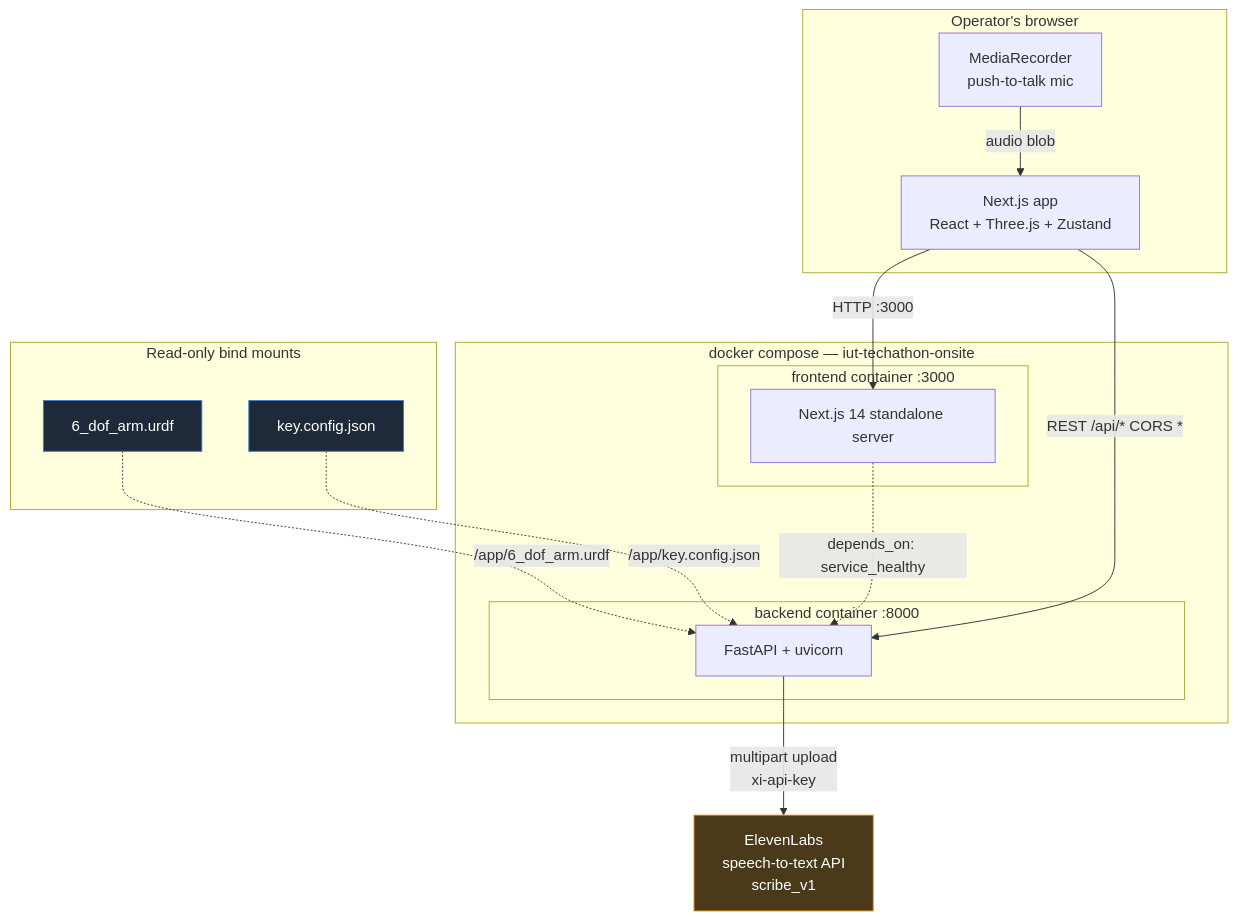
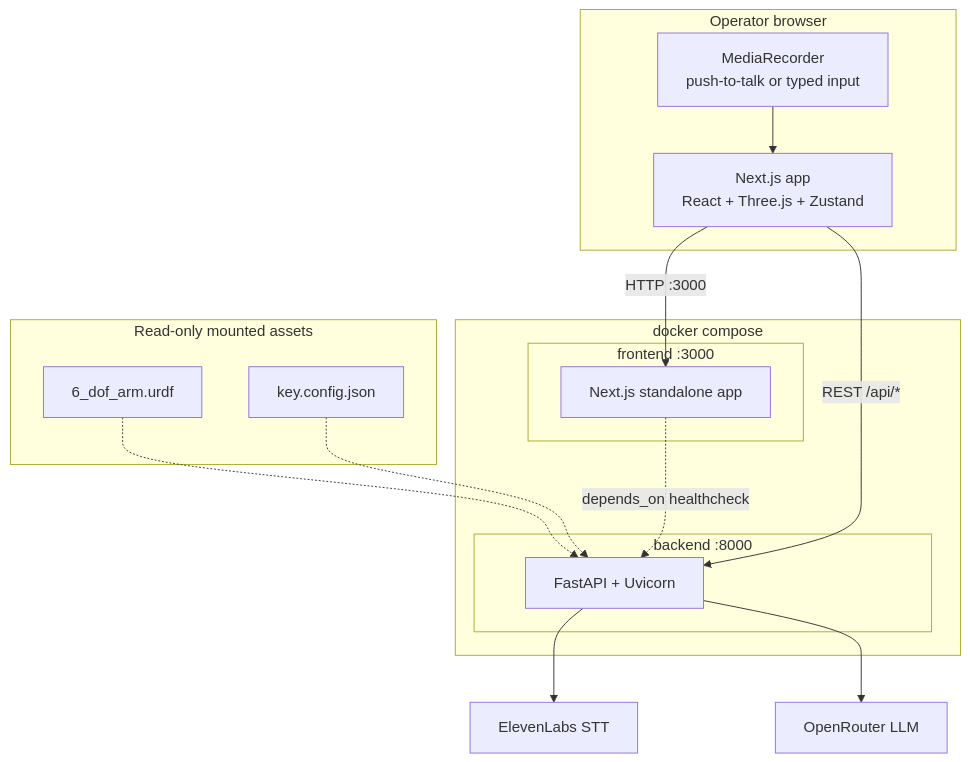
The first of 8 diagrams in docs/architecture/system-architecture.md (ShafayetSadi/iut-techathon-onsite), drawn with Mermaid before and after one commit. The commit also changed other lines of this file and 2 other files, not shown here.

Commit message:
docs: updated architecture and readme

````diff
--- a/docs/architecture/system-architecture.md
+++ b/docs/architecture/system-architecture.md
@@ -21,37 +21,34 @@
 ```mermaid
 flowchart TB
-    subgraph browser["Operator's browser"]
+    subgraph browser["Operator browser"]
         UI["Next.js app<br/>React + Three.js + Zustand"]
-        MIC["MediaRecorder<br/>push-to-talk mic"]
+        MIC["MediaRecorder<br/>push-to-talk or typed input"]
     end
 
-    subgraph compose["docker compose — iut-techathon-onsite"]
-        subgraph fe["frontend container :3000"]
-            NEXT["Next.js 14 standalone server"]
+    subgraph compose["docker compose"]
+        subgraph fe["frontend :3000"]
+            NEXT["Next.js standalone app"]
         end
 
-        subgraph be["backend container :8000"]
-            API["FastAPI + uvicorn"]
+        subgraph be["backend :8000"]
+            API["FastAPI + Uvicorn"]
         end
     end
 
-    subgraph assets["Read-only bind mounts"]
+    subgraph assets["Read-only mounted assets"]
         URDF["6_dof_arm.urdf"]
         KEYS["key.config.json"]
     end
 
-    EL["ElevenLabs<br/>speech-to-text API<br/>scribe_v1"]
+    STT["ElevenLabs STT"]
+    LLM["OpenRouter LLM"]
 
     UI -->|"HTTP :3000"| NEXT
-    UI -->|"REST /api/*  CORS *"| API
-    MIC -->|"audio blob"| UI
-    API -->|"multipart upload<br/>xi-api-key"| EL
-    URDF -.->|"/app/6_dof_arm.urdf"| API
-    KEYS -.->|"/app/key.config.json"| API
-    NEXT -.->|"depends_on: service_healthy"| API
-
-    classDef ext fill:#4a3a1a,stroke:#f2991a,color:#fff
-    classDef mount fill:#1e2a3a,stroke:#3a7bd5,color:#fff
-    class EL ext
-    class URDF,KEYS mount
+    UI -->|"REST /api/*"| API
+    MIC --> UI
+    API --> STT
+    API --> LLM
+    URDF -.-> API
+    KEYS -.-> API
+    NEXT -.->|"depends_on healthcheck"| API
 ```
````
